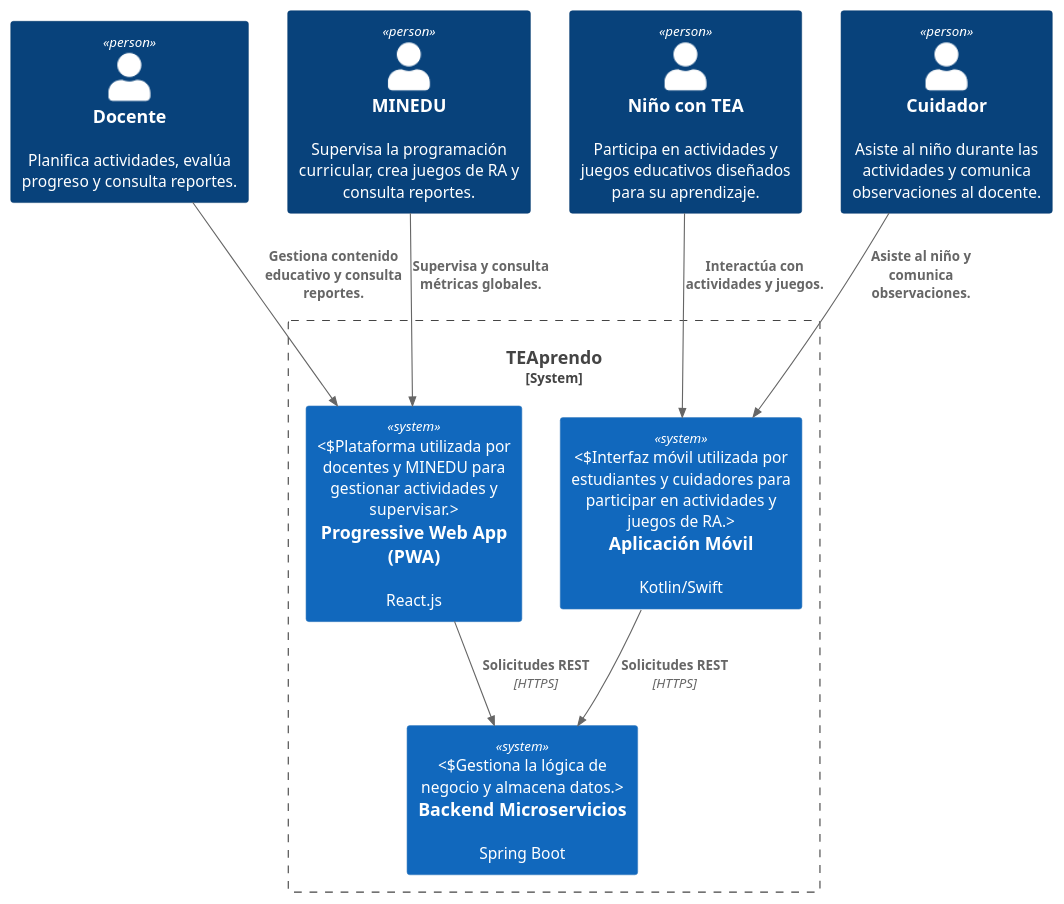
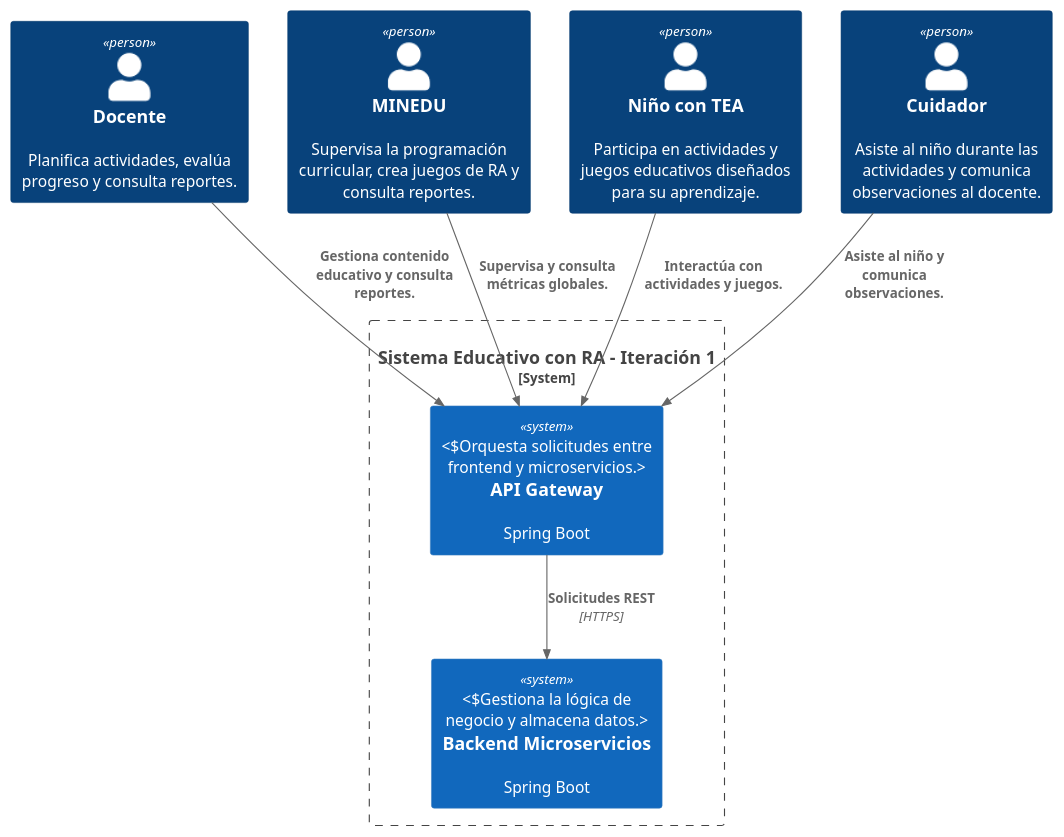
The diagram in contexto.puml (Arquitectura-de-Software-TEApprendo/TEApprendo-Diagramas), drawn with PlantUML before and after one commit. The commit also changed 18 other files, not shown here.

```diff
--- a/contexto.puml
+++ b/contexto.puml
@@ -1,23 +1,21 @@
 @startuml
 !include https://raw.githubusercontent.com/plantuml-stdlib/C4-PlantUML/master/C4_Context.puml
 
 Person(Docente, "Docente", "Planifica actividades, evalúa progreso y consulta reportes.")
 Person(Minedu, "MINEDU", "Supervisa la programación curricular, crea juegos de RA y consulta reportes.")
 Person(NinoTEA, "Niño con TEA", "Participa en actividades y juegos educativos diseñados para su aprendizaje.")
 Person(Cuidador, "Cuidador", "Asiste al niño durante las actividades y comunica observaciones al docente.")
 
-System_Boundary(Sistema, "TEAprendo") {
-    System(PWA, "Progressive Web App (PWA)", "React.js", "Plataforma utilizada por docentes y MINEDU para gestionar actividades y supervisar.")
-    System(MobileApp, "Aplicación Móvil", "Kotlin/Swift", "Interfaz móvil utilizada por estudiantes y cuidadores para participar en actividades y juegos de RA.")
+System_Boundary(Sistema, "Sistema Educativo con RA - Iteración 1") {
+    System(API_Gateway, "API Gateway", "Spring Boot", "Orquesta solicitudes entre frontend y microservicios.")
     System(Backend, "Backend Microservicios", "Spring Boot", "Gestiona la lógica de negocio y almacena datos.")
 }
 
-Rel(Docente, PWA, "Gestiona contenido educativo y consulta reportes.")
-Rel(Minedu, PWA, "Supervisa y consulta métricas globales.")
-Rel(NinoTEA, MobileApp, "Interactúa con actividades y juegos.")
-Rel(Cuidador, MobileApp, "Asiste al niño y comunica observaciones.")
+Rel(Docente, API_Gateway, "Gestiona contenido educativo y consulta reportes.")
+Rel(Minedu, API_Gateway, "Supervisa y consulta métricas globales.")
+Rel(NinoTEA, API_Gateway, "Interactúa con actividades y juegos.")
+Rel(Cuidador, API_Gateway, "Asiste al niño y comunica observaciones.")
 
-Rel(PWA, Backend, "Solicitudes REST", "HTTPS")
-Rel(MobileApp, Backend, "Solicitudes REST", "HTTPS")
+Rel(API_Gateway, Backend, "Solicitudes REST", "HTTPS")
 
 @enduml
```
